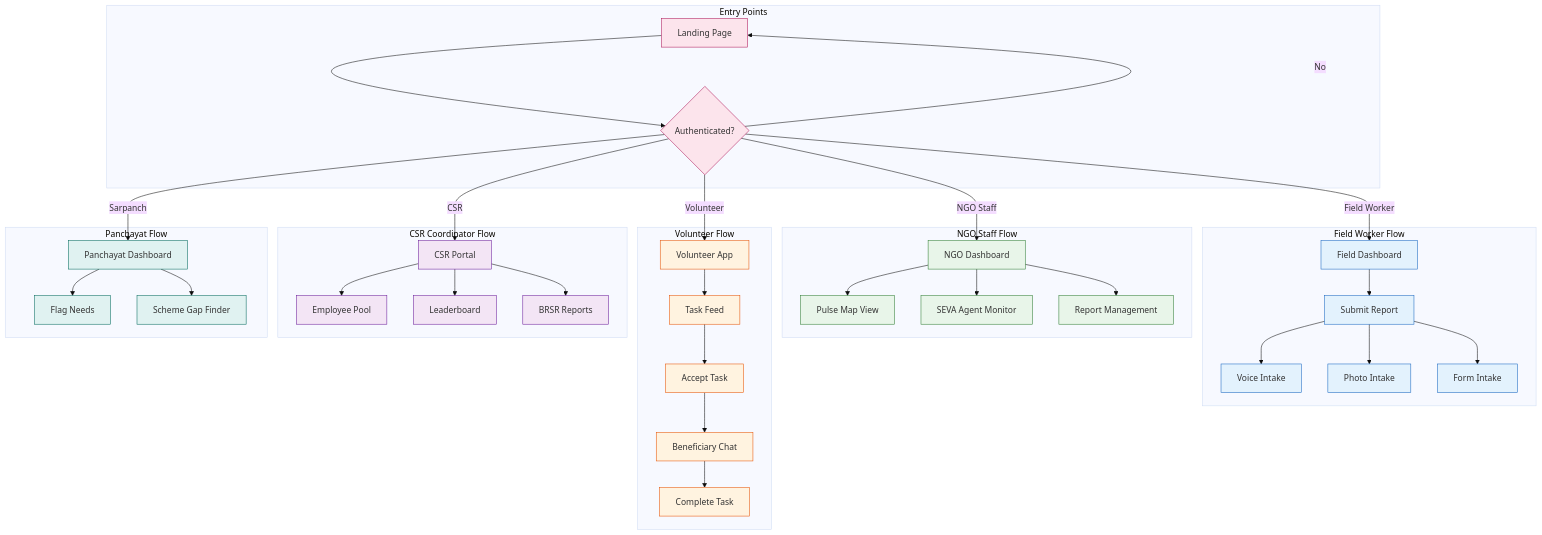
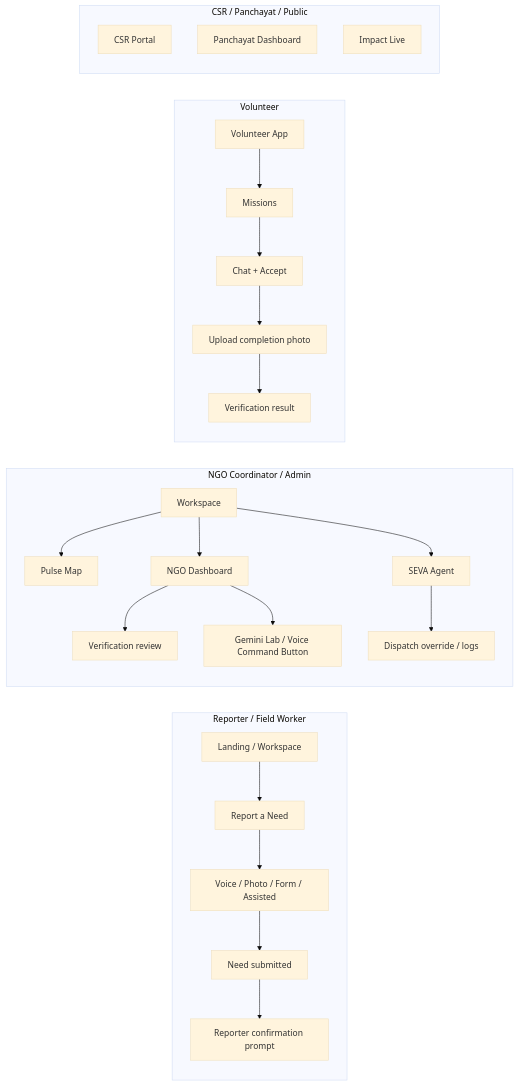
One commit to Ishan-K9868/GSC changed the third of 6 diagrams in README.md. Above: the diagram before and after it, drawn with Mermaid (base theme). The commit also changed other lines of this file, not shown here.

````diff
--- a/README.md
+++ b/README.md
@@ -396,86 +317,31 @@
 ```mermaid
-flowchart TD
-    subgraph Entry["Entry Points"]
-        LAND[Landing Page]
-        AUTH_GATE{Authenticated?}
-    end
+flowchart LR
+  subgraph Reporter[Reporter / Field Worker]
+    R1[Landing / Workspace] --> R2[Report a Need]
+    R2 --> R3[Voice / Photo / Form / Assisted]
+    R3 --> R4[Need submitted]
+    R4 --> R5[Reporter confirmation prompt]
+  end
 
-    subgraph FieldWorker["Field Worker Flow"]
-        FW_DASH[Field Dashboard]
-        FW_INTAKE[Submit Report]
-        FW_VOICE[Voice Intake]
-        FW_PHOTO[Photo Intake]
-        FW_FORM[Form Intake]
-    end
+  subgraph Coordinator[NGO Coordinator / Admin]
+    C1[Workspace] --> C2[Pulse Map]
+    C1 --> C3[NGO Dashboard]
+    C1 --> C4[SEVA Agent]
+    C3 --> C5[Verification review]
+    C4 --> C6[Dispatch override / logs]
+    C3 --> C7[Gemini Lab / Voice Command Button]
+  end
 
-    subgraph NGOStaff["NGO Staff Flow"]
-        NGO_DASH[NGO Dashboard]
-        NGO_MAP[Pulse Map View]
-        NGO_AGENT[SEVA Agent Monitor]
-        NGO_REPORTS[Report Management]
-    end
+  subgraph Volunteer[Volunteer]
+    V1[Volunteer App] --> V2[Missions]
+    V2 --> V3[Chat + Accept]
+    V3 --> V4[Upload completion photo]
+    V4 --> V5[Verification result]
+  end
 
-    subgraph Volunteer["Volunteer Flow"]
-        VOL_APP[Volunteer App]
-        VOL_TASKS[Task Feed]
-        VOL_ACCEPT[Accept Task]
-        VOL_CHAT[Beneficiary Chat]
-        VOL_COMPLETE[Complete Task]
-    end
-
-    subgraph CSR["CSR Coordinator Flow"]
-        CSR_PORTAL[CSR Portal]
-        CSR_EMP[Employee Pool]
-        CSR_LEAD[Leaderboard]
-        CSR_BRSR[BRSR Reports]
-    end
-
-    subgraph Sarpanch["Panchayat Flow"]
-        PAN_DASH[Panchayat Dashboard]
-        PAN_FLAG[Flag Needs]
-        PAN_SCHEMES[Scheme Gap Finder]
-    end
-
-    LAND --> AUTH_GATE
-    AUTH_GATE -->|No| LAND
-    AUTH_GATE -->|Field Worker| FW_DASH
-    AUTH_GATE -->|NGO Staff| NGO_DASH
-    AUTH_GATE -->|Volunteer| VOL_APP
-    AUTH_GATE -->|CSR| CSR_PORTAL
-    AUTH_GATE -->|Sarpanch| PAN_DASH
-
-    FW_DASH --> FW_INTAKE
-    FW_INTAKE --> FW_VOICE
-    FW_INTAKE --> FW_PHOTO
-    FW_INTAKE --> FW_FORM
-
-    NGO_DASH --> NGO_MAP
-    NGO_DASH --> NGO_AGENT
-    NGO_DASH --> NGO_REPORTS
-
-    VOL_APP --> VOL_TASKS
-    VOL_TASKS --> VOL_ACCEPT
-    VOL_ACCEPT --> VOL_CHAT
-    VOL_CHAT --> VOL_COMPLETE
-
-    CSR_PORTAL --> CSR_EMP
-    CSR_PORTAL --> CSR_LEAD
-    CSR_PORTAL --> CSR_BRSR
-
-    PAN_DASH --> PAN_FLAG
-    PAN_DASH --> PAN_SCHEMES
-
-    classDef entry fill:#fce4ec,stroke:#ad1457
-    classDef fw fill:#e3f2fd,stroke:#1565c0
-    classDef ngo fill:#e8f5e9,stroke:#2e7d32
-    classDef vol fill:#fff3e0,stroke:#e65100
-    classDef csr fill:#f3e5f5,stroke:#6a1b9a
-    classDef pan fill:#e0f2f1,stroke:#00695c
-
-    class LAND,AUTH_GATE entry
-    class FW_DASH,FW_INTAKE,FW_VOICE,FW_PHOTO,FW_FORM fw
-    class NGO_DASH,NGO_MAP,NGO_AGENT,NGO_REPORTS ngo
-    class VOL_APP,VOL_TASKS,VOL_ACCEPT,VOL_CHAT,VOL_COMPLETE vol
-    class CSR_PORTAL,CSR_EMP,CSR_LEAD,CSR_BRSR csr
-    class PAN_DASH,PAN_FLAG,PAN_SCHEMES pan
+  subgraph Partner[CSR / Panchayat / Public]
+    P1[CSR Portal]
+    P2[Panchayat Dashboard]
+    P3[Impact Live]
+  end
 ```
````
